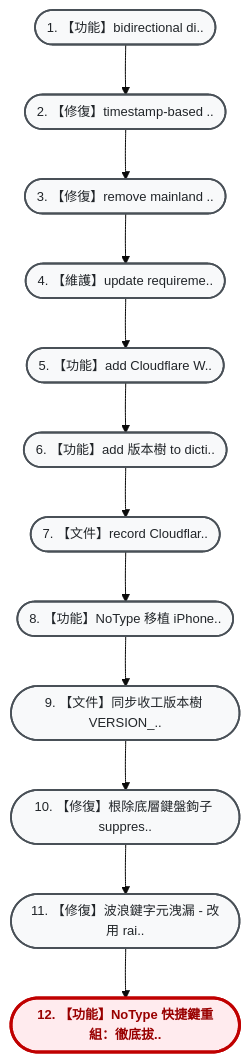
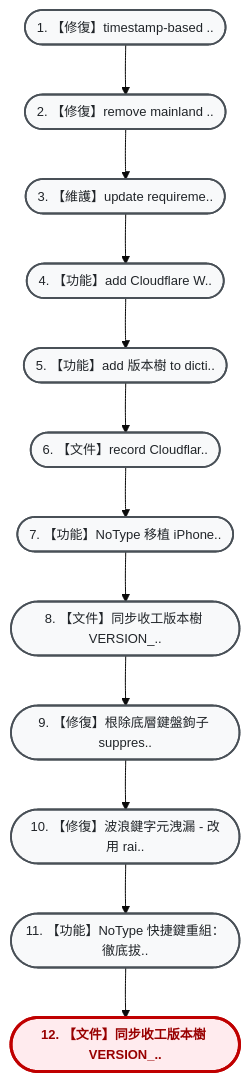
Before and after one commit to hjen8/NoType-Scribe: the diagram in VERSION_TREE.md, drawn with Mermaid (base theme). The commit also changed other lines of this file, not shown here.

Commit message:
【文件】更新 VERSION_TREE.md 拓撲圖

````diff
--- a/VERSION_TREE.md
+++ b/VERSION_TREE.md
@@ -13,30 +13,30 @@
 ```mermaid
 flowchart TD
     %% 雙壁版本樹專用視覺化配色風格 (由上而下 TD 垂直大字純中文版)
     classDef default fill:#f8f9fa,stroke:#495057,stroke-width:1.8px,color:#212529,font-size:13px;
     classDef current fill:#ffebee,stroke:#c00000,stroke-width:3px,color:#900,font-weight:bold,font-size:13px;
     classDef mergeNode fill:#e3f2fd,stroke:#1565c0,stroke-width:2px,color:#0d47a1,font-size:13px;
-    n_c08b18c(["1. 【功能】bidirectional di.."]):::default
-    n_5661482(["2. 【修復】timestamp-based .."]):::default
-    n_4c9bcd5(["3. 【修復】remove mainland .."]):::default
-    n_4a3ea27(["4. 【維護】update requireme.."]):::default
-    n_a05b1df(["5. 【功能】add Cloudflare W.."]):::default
-    n_18e4ca1(["6. 【功能】add 版本樹 to dicti.."]):::default
-    n_47c4704(["7. 【文件】record Cloudflar.."]):::default
-    n_58bbc8c(["8. 【功能】NoType 移植 iPhone.."]):::default
-    n_7723cba(["9. 【文件】同步收工版本樹 VERSION_.."]):::default
-    n_e2bc0e4(["10. 【修復】根除底層鍵盤鉤子 suppres.."]):::default
-    n_3a6b4ee(["11. 【修復】波浪鍵字元洩漏 - 改用 rai.."]):::default
-    n_112030c(["12. 【功能】NoType 快捷鍵重組：徹底拔.."]):::current
-    n_c08b18c --> n_5661482
+    n_5661482(["1. 【修復】timestamp-based .."]):::default
+    n_4c9bcd5(["2. 【修復】remove mainland .."]):::default
+    n_4a3ea27(["3. 【維護】update requireme.."]):::default
+    n_a05b1df(["4. 【功能】add Cloudflare W.."]):::default
+    n_18e4ca1(["5. 【功能】add 版本樹 to dicti.."]):::default
+    n_47c4704(["6. 【文件】record Cloudflar.."]):::default
+    n_58bbc8c(["7. 【功能】NoType 移植 iPhone.."]):::default
+    n_7723cba(["8. 【文件】同步收工版本樹 VERSION_.."]):::default
+    n_e2bc0e4(["9. 【修復】根除底層鍵盤鉤子 suppres.."]):::default
+    n_3a6b4ee(["10. 【修復】波浪鍵字元洩漏 - 改用 rai.."]):::default
+    n_112030c(["11. 【功能】NoType 快捷鍵重組：徹底拔.."]):::default
+    n_fde5927(["12. 【文件】同步收工版本樹 VERSION_.."]):::current
     n_5661482 --> n_4c9bcd5
     n_4c9bcd5 --> n_4a3ea27
     n_4a3ea27 --> n_a05b1df
     n_a05b1df --> n_18e4ca1
     n_18e4ca1 --> n_47c4704
     n_47c4704 --> n_58bbc8c
     n_58bbc8c --> n_7723cba
     n_7723cba --> n_e2bc0e4
     n_e2bc0e4 --> n_3a6b4ee
     n_3a6b4ee --> n_112030c
+    n_112030c --> n_fde5927
 ```
````
